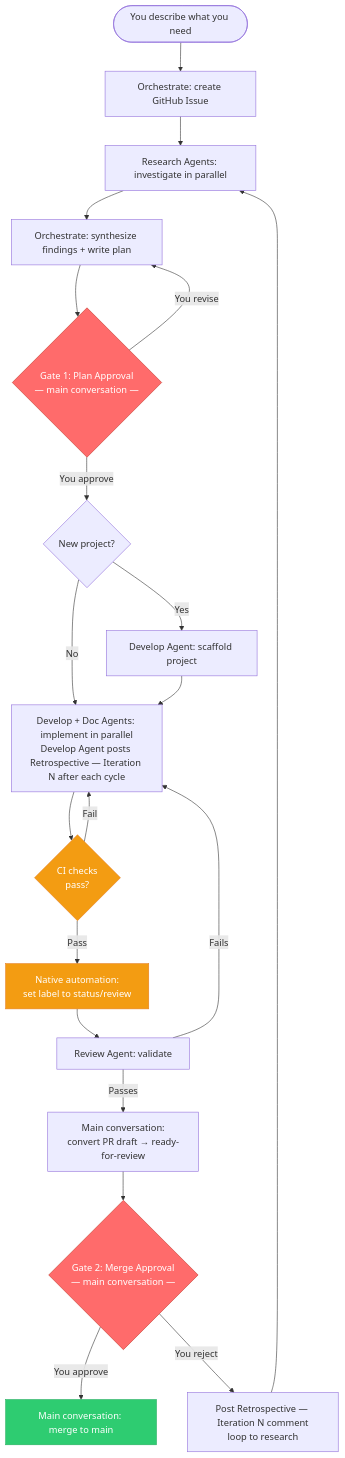
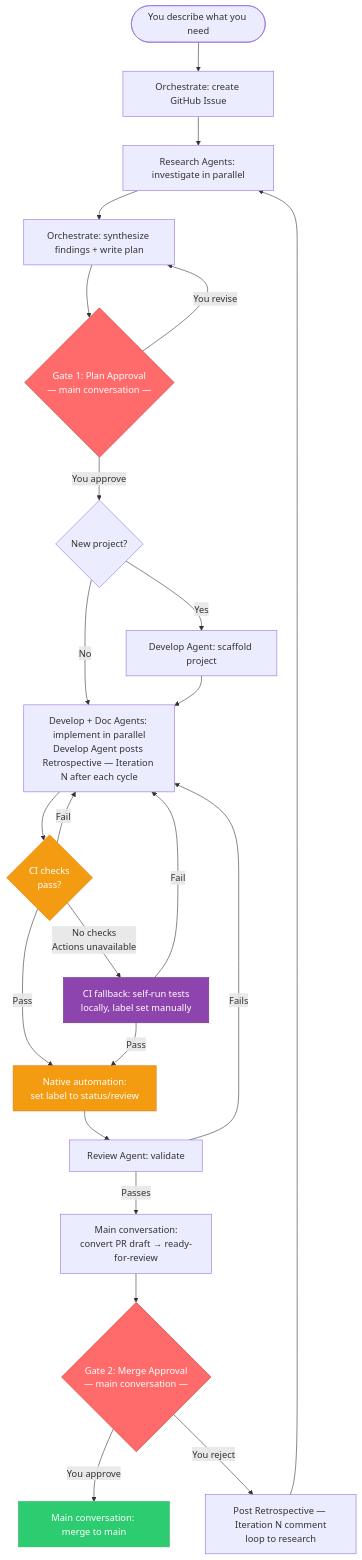
One commit to Mpfk/auto changed the first of 5 diagrams in docs/auto/agent-flow.md. Above: the diagram before and after it, drawn with Mermaid. The commit also changed other lines of this file and 3 other files, not shown here.

First line of the commit message:
docs(ci-fallback): add CI fallback behavior for unavailable GitHub Actions [GREEN]

````diff
--- a/docs/auto/agent-flow.md
+++ b/docs/auto/agent-flow.md
@@ -35,28 +36,32 @@
 ```mermaid
 flowchart TD
     A([You describe what you need]) --> B[Orchestrate: create GitHub Issue]
     B --> C[Research Agents: investigate in parallel]
     C --> D[Orchestrate: synthesize findings + write plan]
     D --> G1{Gate 1: Plan Approval\n— main conversation —}
     G1 -- You approve --> SC{New project?}
     SC -- Yes --> SCAF[Develop Agent: scaffold project]
     SC -- No --> E
     SCAF --> E[Develop + Doc Agents: implement in parallel\nDevelop Agent posts Retrospective — Iteration N after each cycle]
     G1 -- You revise --> D
     E --> CI{CI checks\npass?}
     CI -- Fail --> E
     CI -- Pass --> SR[Native automation:\nset label to status/review]
+    CI -- No checks\nActions unavailable --> CIFB[CI fallback: self-run tests\nlocally, label set manually]
+    CIFB -- Fail --> E
+    CIFB -- Pass --> SR
     SR --> F[Review Agent: validate]
     F -- Fails --> E
     F -- Passes --> CONV[Main conversation:\nconvert PR draft → ready-for-review]
     CONV --> G2{Gate 2: Merge Approval\n— main conversation —}
     G2 -- You approve --> M[Main conversation: merge to main]
     G2 -- You reject --> RETRO[Post Retrospective — Iteration N comment\nloop to research]
     RETRO --> C
 
     style G1 fill:#ff6b6b,color:#fff,stroke:#c0392b
     style G2 fill:#ff6b6b,color:#fff,stroke:#c0392b
     style M fill:#2ecc71,color:#fff,stroke:#27ae60
     style SR fill:#f39c12,color:#fff,stroke:#e67e22
     style CI fill:#f39c12,color:#fff,stroke:#e67e22
+    style CIFB fill:#8e44ad,color:#fff,stroke:#6c3483
 ```
````
